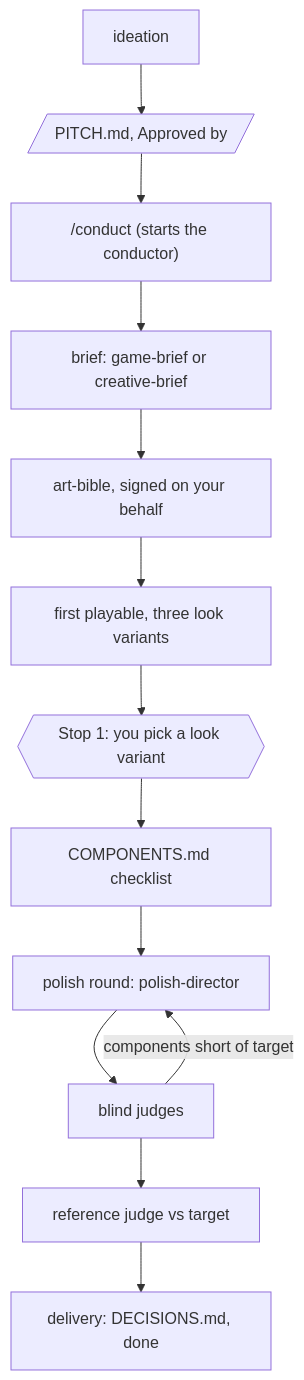
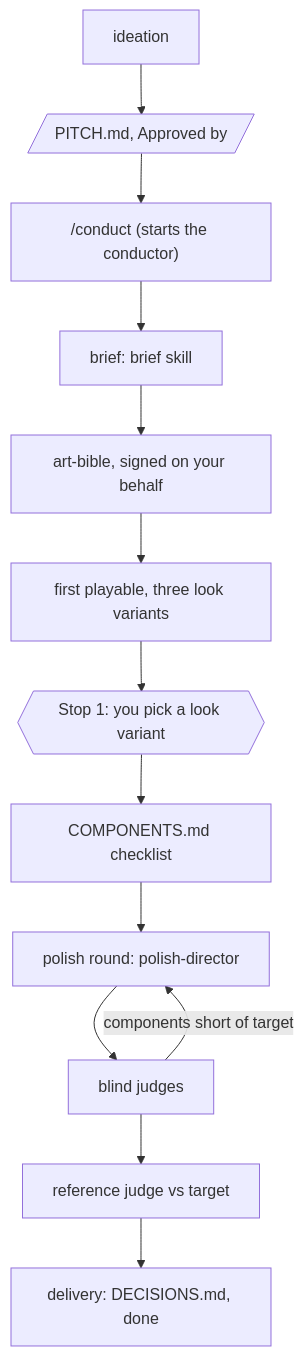
Before and after one commit to willianjusten/agent-skills: the diagram in docs/how-it-works.md, drawn with Mermaid. The commit also changed other lines of this file and 20 other files, not shown here.

First line of the commit message:
feat(brief): one brief skill replaces game-brief and creative-brief

````diff
--- a/docs/how-it-works.md
+++ b/docs/how-it-works.md
@@ -5,15 +5,15 @@
 ```mermaid
 flowchart TD
   I[ideation] --> P[/PITCH.md, Approved by/]
   P --> C["/conduct (starts the conductor)"]
-  C --> B[brief: game-brief or creative-brief]
+  C --> B[brief: brief skill]
   B --> A[art-bible, signed on your behalf]
   A --> T[first playable, three look variants]
   T --> S1{{Stop 1: you pick a look variant}}
   S1 --> K[COMPONENTS.md checklist]
   K --> R[polish round: polish-director]
   R --> J[blind judges]
   J -->|components short of target| R
   J --> RJ[reference judge vs target]
   RJ --> D[delivery: DECISIONS.md, done]
 ```
````
